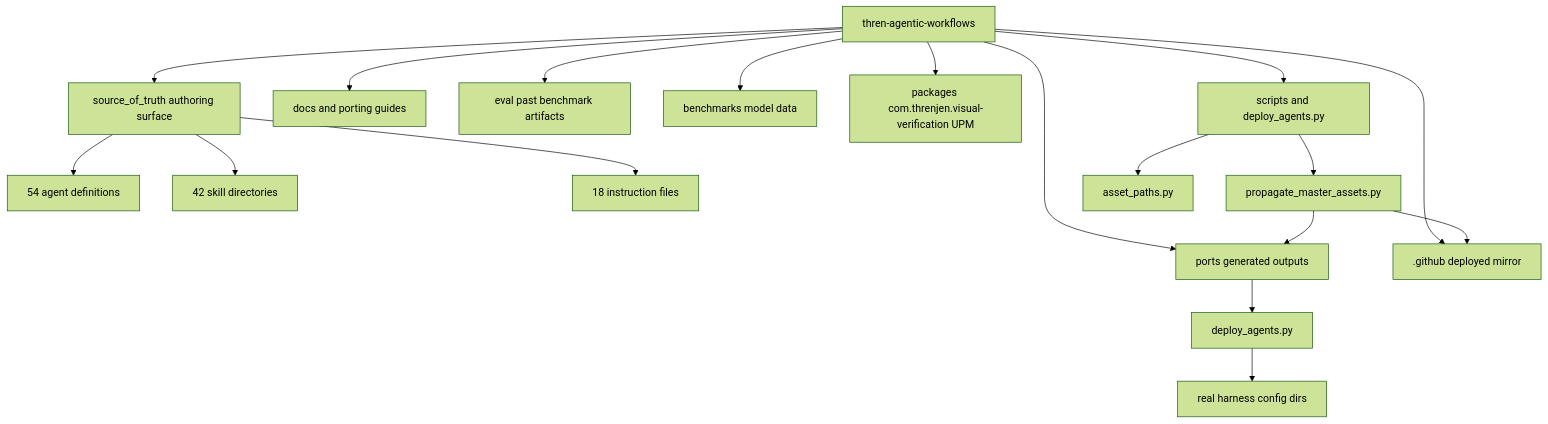
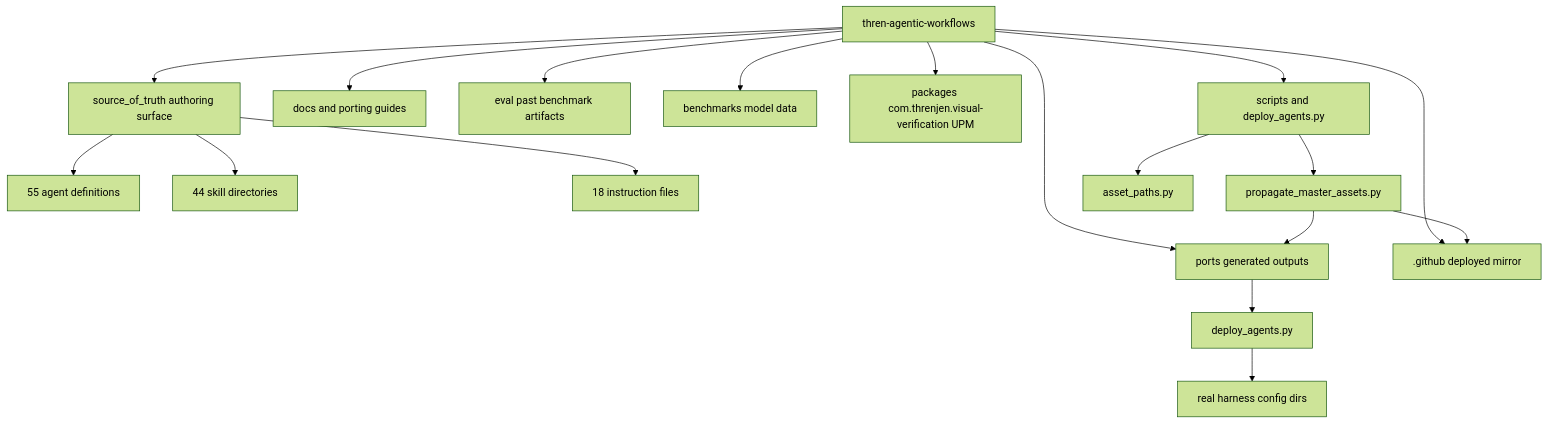
Before and after one commit to threnjen/thren-agentic-workflows: the first of 4 diagrams in docs/ARCHITECTURE.md, drawn with Mermaid (forest theme). The commit also changed other lines of this file and 48 other files, not shown here.

````diff
--- a/docs/ARCHITECTURE.md
+++ b/docs/ARCHITECTURE.md
@@ -22,24 +22,24 @@
 ```mermaid
 flowchart TD
     Root[thren-agentic-workflows]
 
     Root --> SOT[source_of_truth authoring surface]
     Root --> Ports[ports generated outputs]
     Root --> DotGithub[.github deployed mirror]
     Root --> Docs[docs and porting guides]
     Root --> Eval[eval past benchmark artifacts]
     Root --> Bench[benchmarks model data]
     Root --> Pkg[packages com.threnjen.visual-verification UPM]
     Root --> Scripts[scripts and deploy_agents.py]
 
-    SOT --> Agents[54 agent definitions]
-    SOT --> Skills[42 skill directories]
+    SOT --> Agents[55 agent definitions]
+    SOT --> Skills[44 skill directories]
     SOT --> Instructions[18 instruction files]
 
     Scripts --> Propagate[propagate_master_assets.py]
     Scripts --> Shared[asset_paths.py]
     Propagate --> Ports
     Propagate --> DotGithub
     Deploy[deploy_agents.py] --> RealDirs[real harness config dirs]
     Ports --> Deploy
 ```
````
